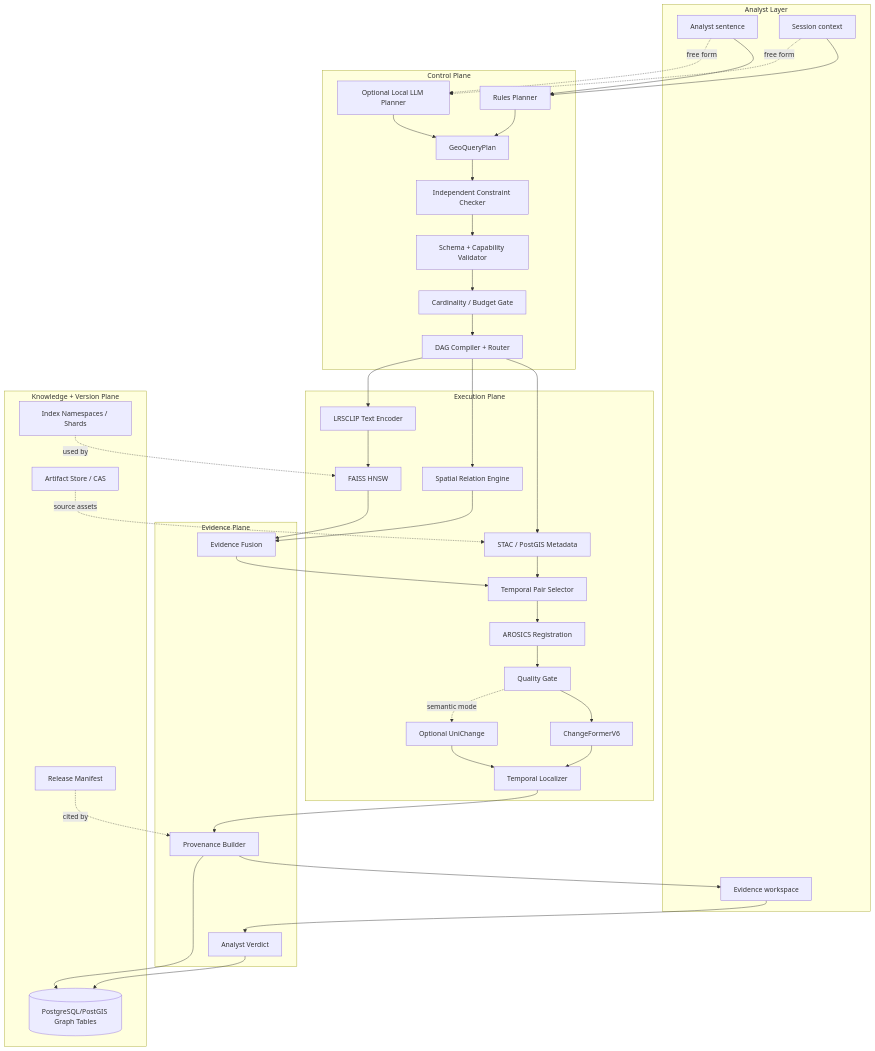
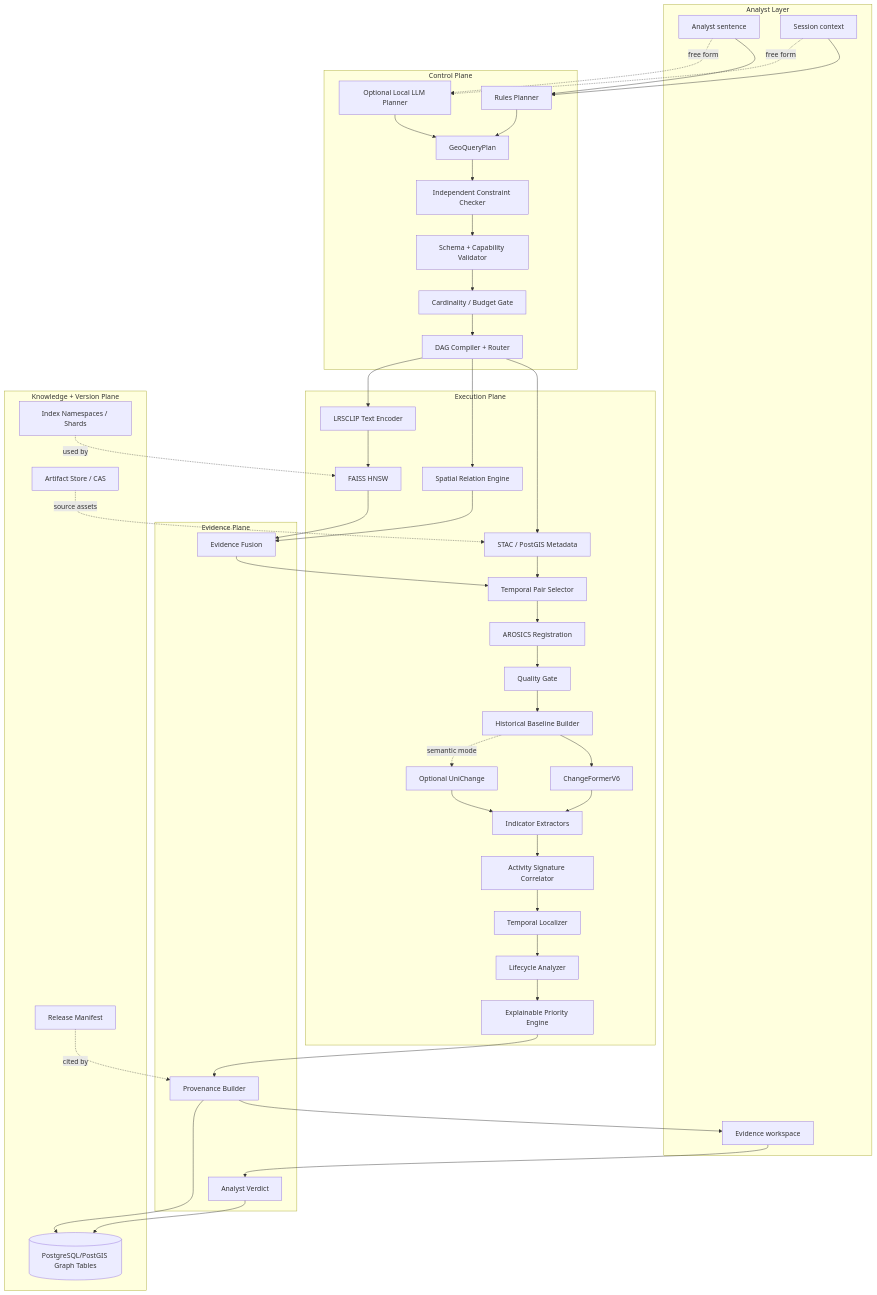
Before and after one commit to SIH-2026-Horizon/Tessera-X: the first of 4 diagrams in docs/ARCHITECTURE.md, drawn with Mermaid. The commit also changed other lines of this file and 3 other files, not shown here.

```diff
--- a/docs/ARCHITECTURE.md
+++ b/docs/ARCHITECTURE.md
@@ -118,9 +128,14 @@
     PAIR[Temporal Pair Selector]
     REG[AROSICS Registration]
     QA[Quality Gate]
+    BASE[Historical Baseline Builder]
     CF[ChangeFormerV6]
     UNI[Optional UniChange]
+    IND[Indicator Extractors]
+    CORR[Activity Signature Correlator]
     TEMP[Temporal Localizer]
+    LIFE[Lifecycle Analyzer]
+    PRIORITY[Explainable Priority Engine]
 end
 
 subgraph EVID["Evidence Plane"]
@@ -162,13 +177,18 @@
 PAIR --> REG
 REG --> QA
 
-QA --> CF
-QA -. semantic mode .-> UNI
+QA --> BASE
+BASE --> CF
+BASE -. semantic mode .-> UNI
 
-CF --> TEMP
-UNI --> TEMP
+CF --> IND
+UNI --> IND
+IND --> CORR
+CORR --> TEMP
+TEMP --> LIFE
+LIFE --> PRIORITY
 
-TEMP --> PROV
+PRIORITY --> PROV
 PROV --> WORKSPACE
 WORKSPACE --> VERDICT
 
```
